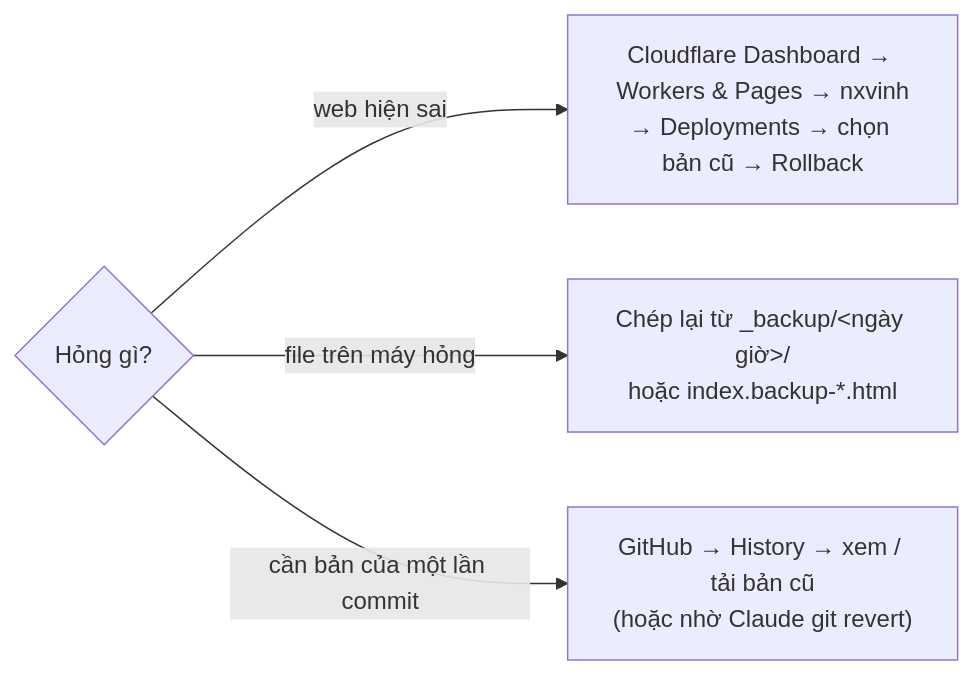
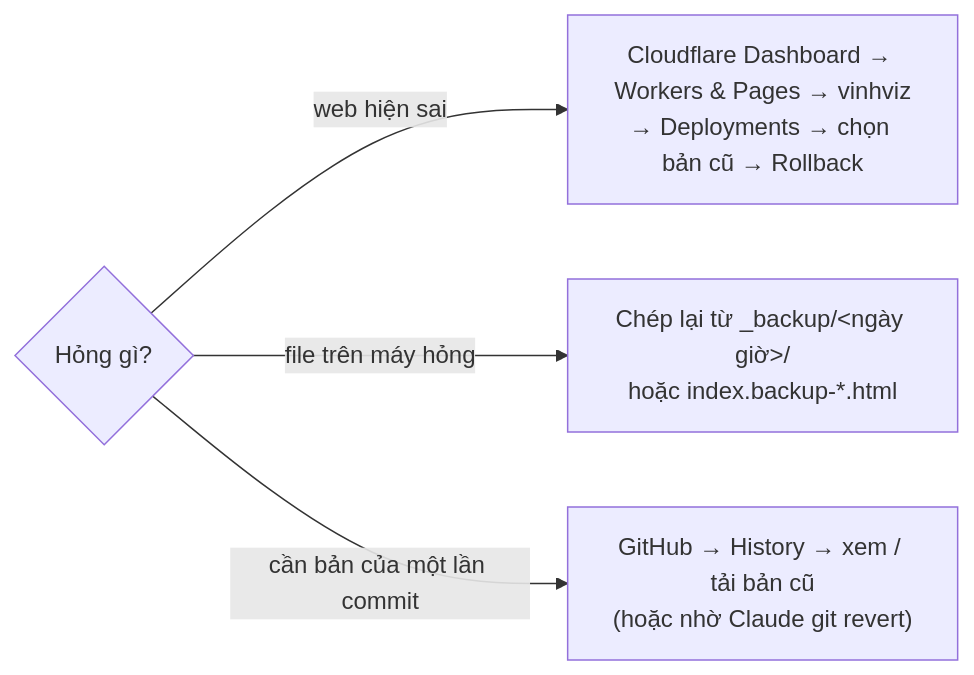
One commit to xuanvinh540-collab/nguyenxuanvinh-webpage changed the third of 3 diagrams in HUONG-DAN.md. Above: the diagram before and after it, drawn with Mermaid. The commit also changed other lines of this file and 1 other file, not shown here.

Commit message:
Deploy target is project vinhviz (domain nxvinh.pages.dev)

````diff
--- a/HUONG-DAN.md
+++ b/HUONG-DAN.md
@@ -147,6 +147,6 @@
 ```mermaid
 flowchart LR
-  P{"Hỏng gì?"} -- "web hiện sai" --> R1["Cloudflare Dashboard → Workers & Pages → nxvinh<br/>→ Deployments → chọn bản cũ → Rollback"]
+  P{"Hỏng gì?"} -- "web hiện sai" --> R1["Cloudflare Dashboard → Workers & Pages → vinhviz<br/>→ Deployments → chọn bản cũ → Rollback"]
   P -- "file trên máy hỏng" --> R2["Chép lại từ _backup/&lt;ngày giờ&gt;/<br/>hoặc index.backup-*.html"]
   P -- "cần bản của một lần commit" --> R3["GitHub → History → xem / tải bản cũ<br/>(hoặc nhờ Claude git revert)"]
 ```
````
